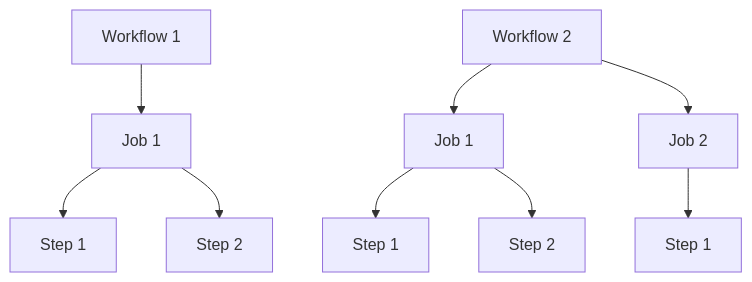
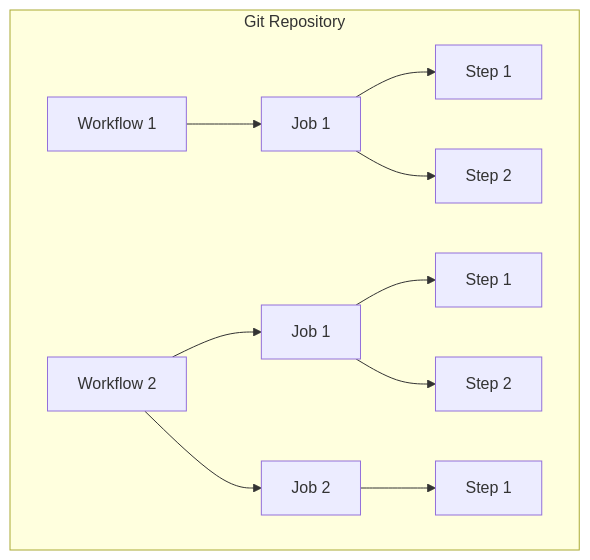
The diagram in content/posts/training/GitHub/GitHub Actions - The Complete Guide/03-github-actions-fundamentals/index.md (rtdevx/rtdevx.github.io), drawn with Mermaid before and after one commit. The commit also changed other lines of this file, not shown here.

```diff
--- a/content/posts/training/GitHub/GitHub Actions - The Complete Guide/03-github-actions-fundamentals/index.md
+++ b/content/posts/training/GitHub/GitHub Actions - The Complete Guide/03-github-actions-fundamentals/index.md
@@ -40,18 +40,20 @@
 {{< mermaid >}}
 flowchart TD
+    subgraph Repo[Git Repository]
     %% Workflow 1
     A[Workflow 1] --> B[Job 1]
     B --> C[Step 1]
     B --> D[Step 2]
 
     %% Workflow 2
     E[Workflow 2] --> F[Job 1]
     E --> I[Job 2]
 
     %% Steps for Job 1
     F --> G[Step 1]
     F --> H[Step 2]
 
     %% Steps for Job 2
     I --> J[Step 1]
+    end
 {{< /mermaid >}}
```
